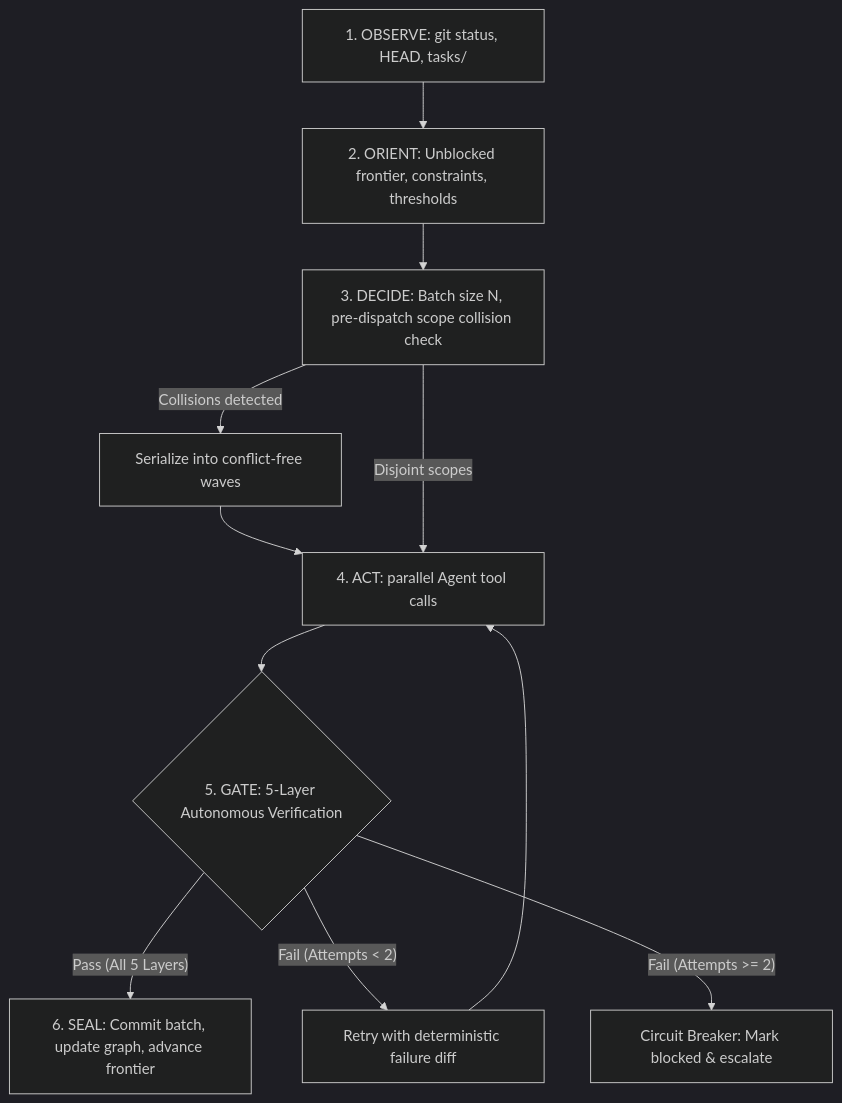
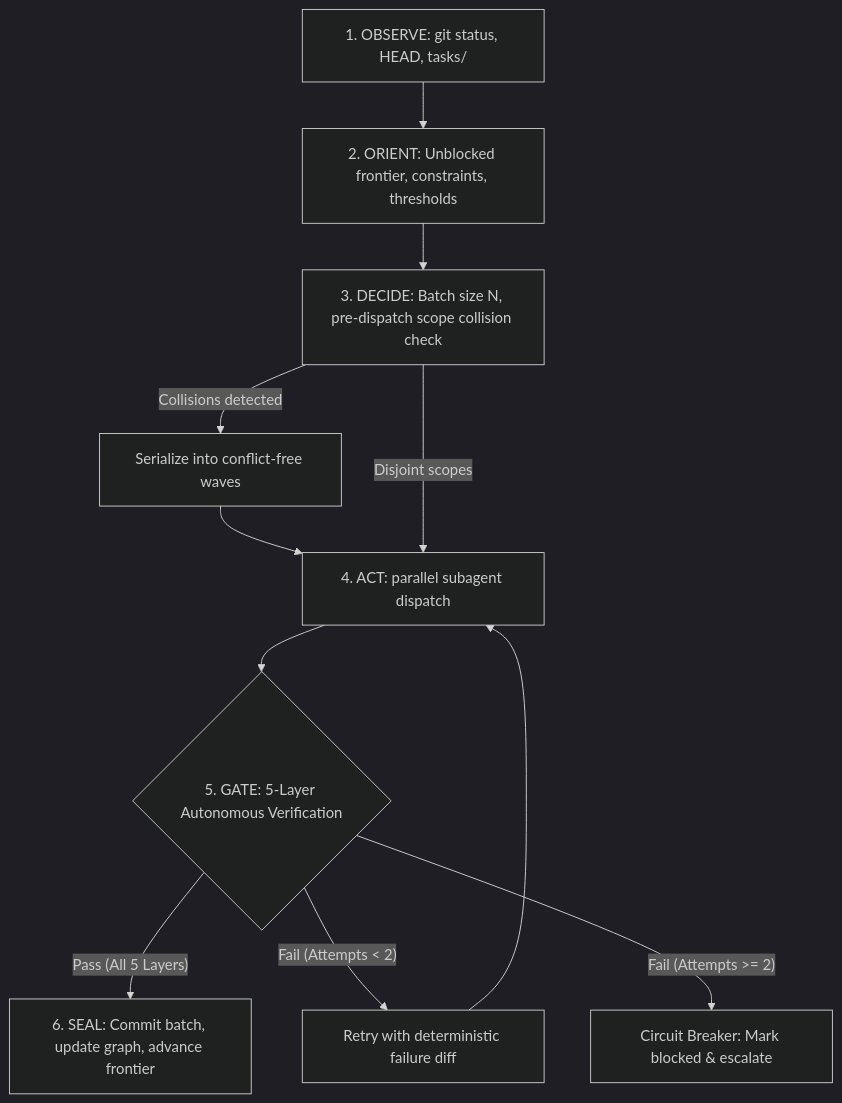
One commit to EduardoShibukawa/G-Inga changed the diagram in skills/orchestrate/SKILL.md. Above: the diagram before and after it, drawn with Mermaid (dark theme). The commit also changed other lines of this file and 7 other files, not shown here.

Commit message:
feat(skills): make subagent dispatch host-neutral (#TASK-07)

````diff
--- a/skills/orchestrate/SKILL.md
+++ b/skills/orchestrate/SKILL.md
@@ -21,13 +21,13 @@
 ```mermaid
 flowchart TD
     OBS["1. OBSERVE: git status, HEAD, tasks/"] --> ORI["2. ORIENT: Unblocked frontier, constraints, thresholds"]
     ORI --> DEC["3. DECIDE: Batch size N, pre-dispatch scope collision check"]
     DEC -->|"Collisions detected"| SER["Serialize into conflict-free waves"]
     SER --> ACT
-    DEC -->|"Disjoint scopes"| ACT["4. ACT: parallel Agent tool calls"]
+    DEC -->|"Disjoint scopes"| ACT["4. ACT: parallel subagent dispatch"]
     ACT --> GATE{"5. GATE: 5-Layer Autonomous Verification"}
     GATE -->|"Pass (All 5 Layers)"| SEAL["6. SEAL: Commit batch, update graph, advance frontier"]
     GATE -->|"Fail (Attempts < 2)"| RETRY["Retry with deterministic failure diff"]
     RETRY --> ACT
     GATE -->|"Fail (Attempts >= 2)"| ESC["Circuit Breaker: Mark blocked & escalate"]
 ```
````
